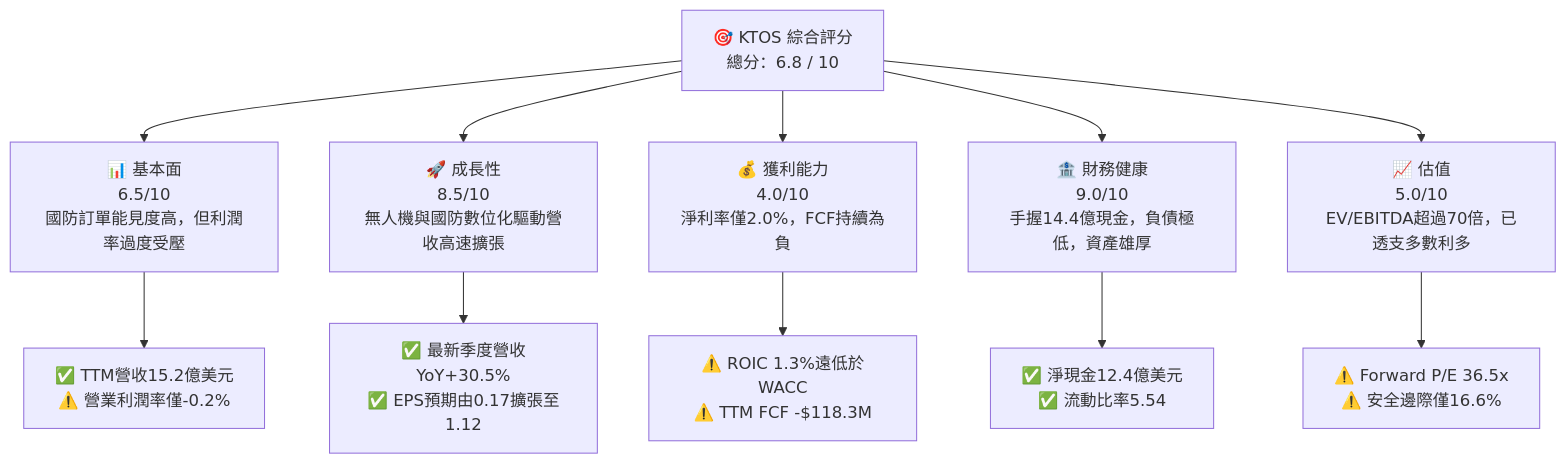
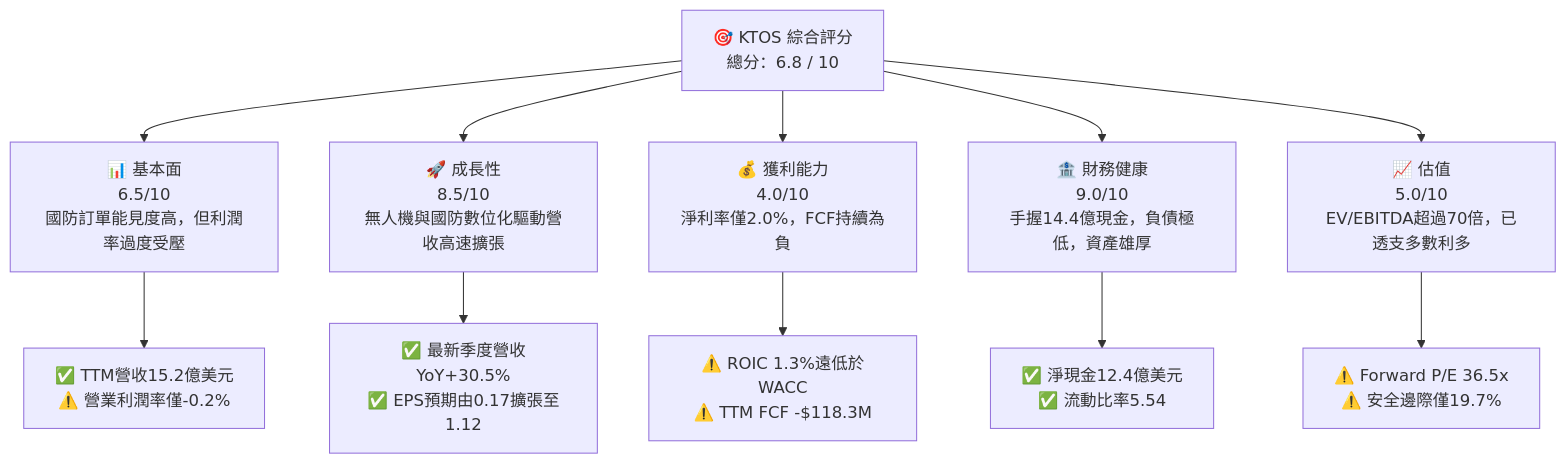
One commit to yennanliu/finance_data changed the first of 15 diagrams in ai_gen_report/fundamental/ktos/fundamental_analysis_2026-10-15_gemini.md. Above: the diagram before and after it, drawn with Mermaid. The commit also changed other lines of this file and 339 other files, not shown here.

````diff
--- a/ai_gen_report/fundamental/ktos/fundamental_analysis_2026-10-15_gemini.md
+++ b/ai_gen_report/fundamental/ktos/fundamental_analysis_2026-10-15_gemini.md
@@ -58,22 +65,22 @@
 ```mermaid
 graph TD
     TICKER["🎯 KTOS 綜合評分<br/>總分：6.8 / 10"]
 
     F["📊 基本面<br/>6.5/10<br/>國防訂單能見度高，但利潤率過度受壓"]
     G["🚀 成長性<br/>8.5/10<br/>無人機與國防數位化驅動營收高速擴張"]
     P["💰 獲利能力<br/>4.0/10<br/>淨利率僅2.0%，FCF持續為負"]
     B["🏦 財務健康<br/>9.0/10<br/>手握14.4億現金，負債極低，資產雄厚"]
     V["📈 估值<br/>5.0/10<br/>EV/EBITDA超過70倍，已透支多數利多"]
 
     TICKER --> F
     TICKER --> G
     TICKER --> P
     TICKER --> B
     TICKER --> V
 
     F --> F1["✅ TTM營收15.2億美元<br/>⚠️ 營業利潤率僅-0.2%"]
     G --> G1["✅ 最新季度營收YoY+30.5%<br/>✅ EPS預期由0.17擴張至1.12"]
     P --> P1["⚠️ ROIC 1.3%遠低於WACC<br/>⚠️ TTM FCF -$118.3M"]
     B --> B1["✅ 淨現金12.4億美元<br/>✅ 流動比率5.54"]
-    V --> V1["⚠️ Forward P/E 36.5x<br/>⚠️ 安全邊際僅16.6%"]
+    V --> V1["⚠️ Forward P/E 36.5x<br/>⚠️ 安全邊際僅19.7%"]
 ```
````
